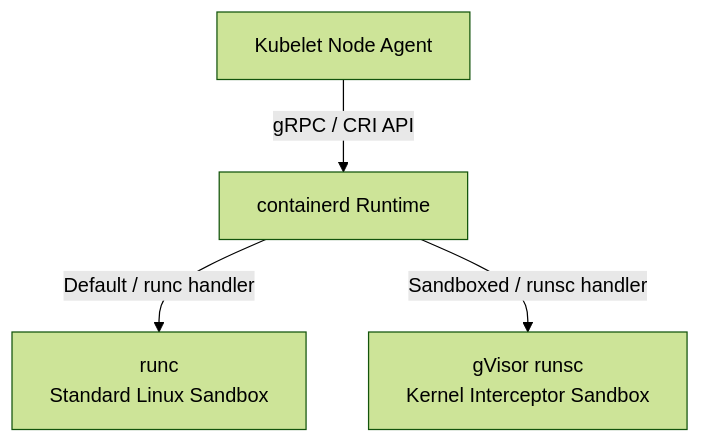
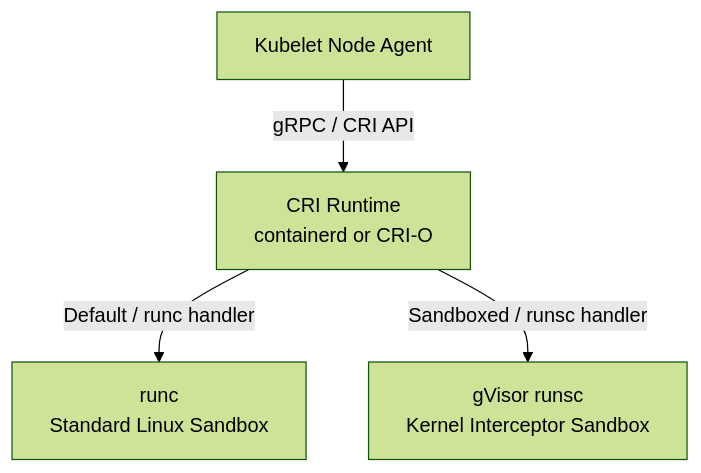
Before and after one commit to amlcoftherockies/scaling-the-kubernetes-mountain: the diagram in section 6/README.md, drawn with Mermaid (forest theme). The commit also changed other lines of this file and 41 other files, not shown here.

````diff
--- a/section 6/README.md
+++ b/section 6/README.md
@@ -233,6 +302,6 @@
 ```mermaid
 graph TD
-    Kubelet[Kubelet Node Agent] -->|gRPC / CRI API| containerd[containerd Runtime]
-    containerd -->|Default / runc handler| runc[runc <br> Standard Linux Sandbox]
-    containerd -->|Sandboxed / runsc handler| runsc[gVisor runsc <br> Kernel Interceptor Sandbox]
+    Kubelet[Kubelet Node Agent] -->|gRPC / CRI API| CRI[CRI Runtime <br> containerd or CRI-O]
+    CRI -->|Default / runc handler| runc[runc <br> Standard Linux Sandbox]
+    CRI -->|Sandboxed / runsc handler| runsc[gVisor runsc <br> Kernel Interceptor Sandbox]
 ```
````
